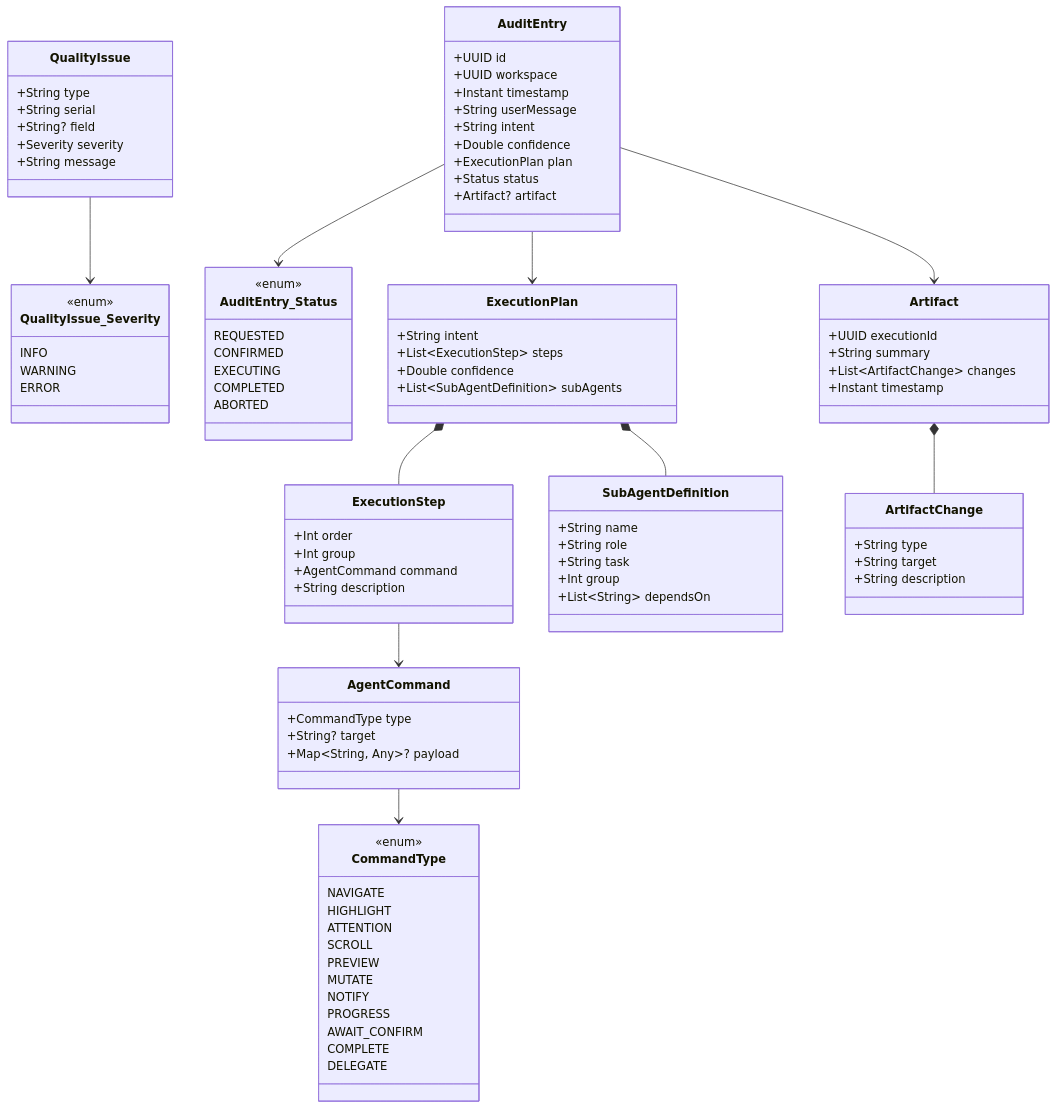
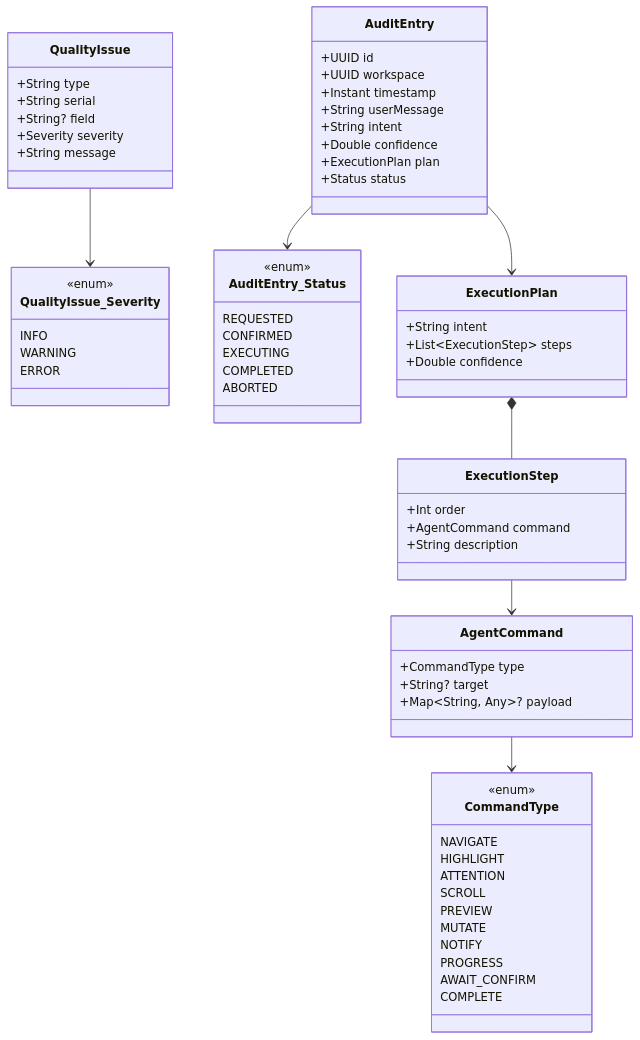
Before and after one commit to sayaya1090/handbook: the first of 3 diagrams in assistant/CLASS-DIAGRAM.md, drawn with Mermaid. The commit also changed other lines of this file and 645 other files, not shown here.

````diff
--- a/assistant/CLASS-DIAGRAM.md
+++ b/assistant/CLASS-DIAGRAM.md
@@ -21,31 +21,20 @@
         PROGRESS
         AWAIT_CONFIRM
         COMPLETE
-        DELEGATE
     }
     class ExecutionPlan {
         +String intent
         +List~ExecutionStep~ steps
         +Double confidence
-        +List~SubAgentDefinition~ subAgents
-    }
-    class SubAgentDefinition {
-        +String name
-        +String role
-        +String task
-        +Int group
-        +List~String~ dependsOn
     }
     class ExecutionStep {
         +Int order
-        +Int group
         +AgentCommand command
         +String description
     }
 
     AgentCommand --> CommandType
     ExecutionPlan *-- ExecutionStep
-    ExecutionPlan *-- SubAgentDefinition
     ExecutionStep --> AgentCommand
 
     class QualityIssue {
@@ -70,18 +59,6 @@
         +Double confidence
         +ExecutionPlan plan
         +Status status
-        +Artifact? artifact
-    }
-    class Artifact {
-        +UUID executionId
-        +String summary
-        +List~ArtifactChange~ changes
-        +Instant timestamp
-    }
-    class ArtifactChange {
-        +String type
-        +String target
-        +String description
     }
     class AuditEntry_Status {
         <<enum>>
@@ -95,6 +72,4 @@
     QualityIssue --> QualityIssue_Severity
     AuditEntry --> AuditEntry_Status
     AuditEntry --> ExecutionPlan
-    AuditEntry --> Artifact
-    Artifact *-- ArtifactChange
 ```
````
